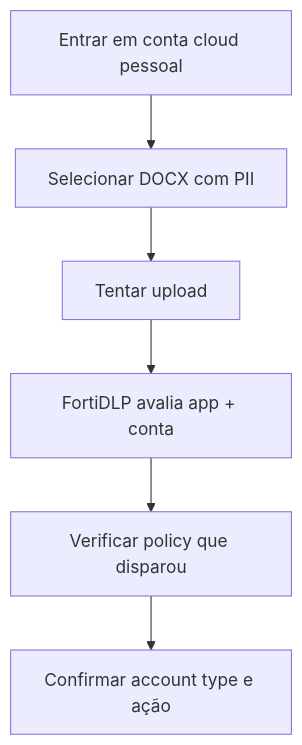
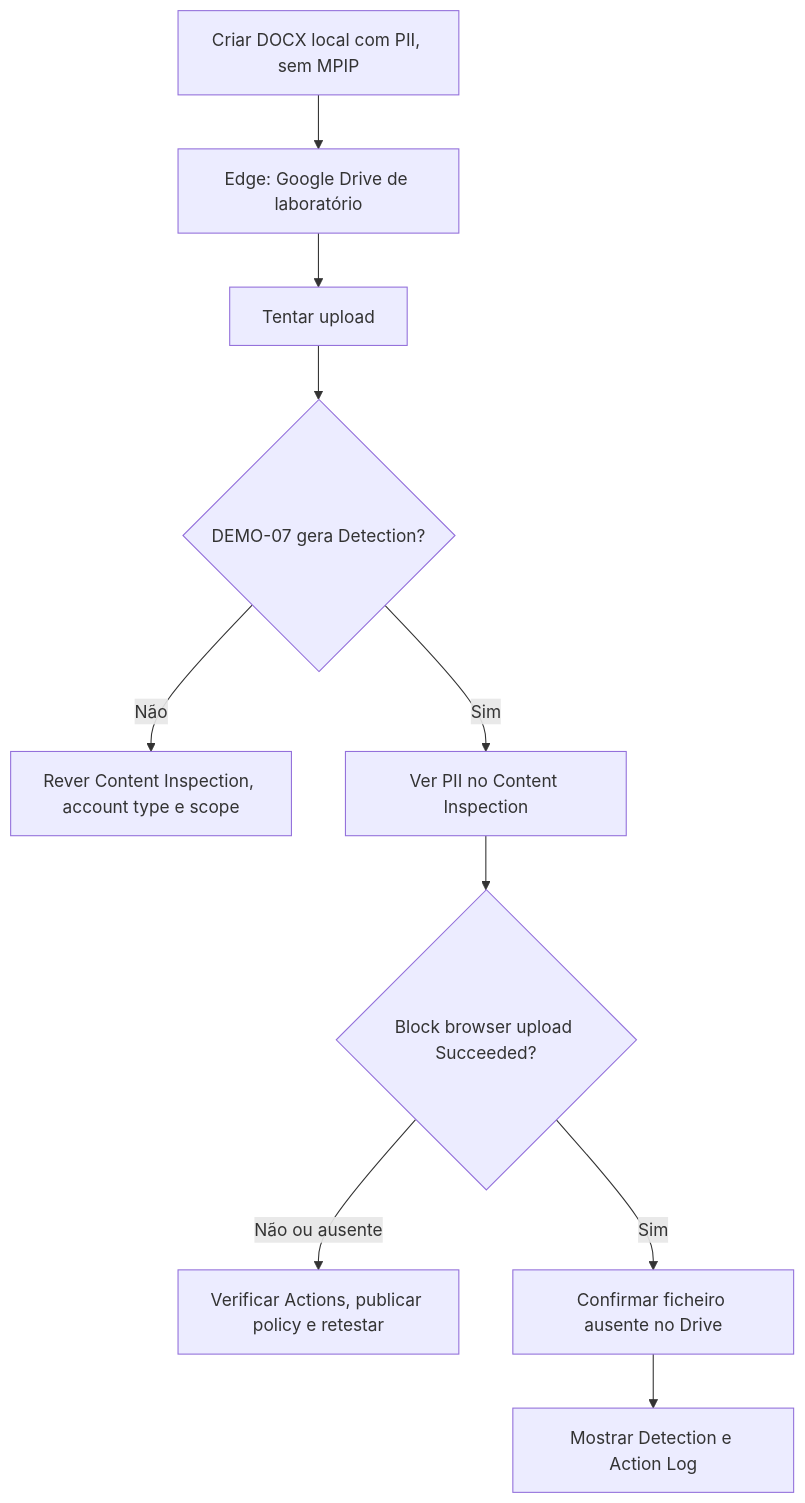
One commit to rbncarvalho/fortidlp-public-demo changed the diagram in docs/use-cases/07-saas-personal-cloud.md. Above: the diagram before and after it, drawn with Mermaid. The commit also changed other lines of this file and 8 other files, not shown here.

Commit message:
docs: publish tested presentation flow and ready-to-paste live demo cue sheet

````diff
--- a/docs/use-cases/07-saas-personal-cloud.md
+++ b/docs/use-cases/07-saas-personal-cloud.md
@@ -19,14 +24,12 @@
 ```mermaid
 flowchart TD
-  A["Entrar em conta cloud pessoal"]
-  B["Selecionar DOCX com PII"]
-  C["Tentar upload"]
-  D["FortiDLP avalia app + conta"]
-  E["Verificar policy que disparou"]
-  F["Confirmar account type e ação"]
-  A --> B
-  B --> C
-  C --> D
-  D --> E
-  E --> F
+ A["Criar DOCX local com PII, sem MPIP"] --> B["Edge: Google Drive de laboratório"]
+ B --> C["Tentar upload"]
+ C --> D{"DEMO-07 gera Detection?"}
+ D -- "Não" --> X["Rever Content Inspection, account type e scope"]
+ D -- "Sim" --> E["Ver PII no Content Inspection"]
+ E --> F{"Block browser upload Succeeded?"}
+ F -- "Não ou ausente" --> Y["Verificar Actions, publicar policy e retestar"]
+ F -- "Sim" --> G["Confirmar ficheiro ausente no Drive"]
+ G --> H["Mostrar Detection e Action Log"]
 ```
````
